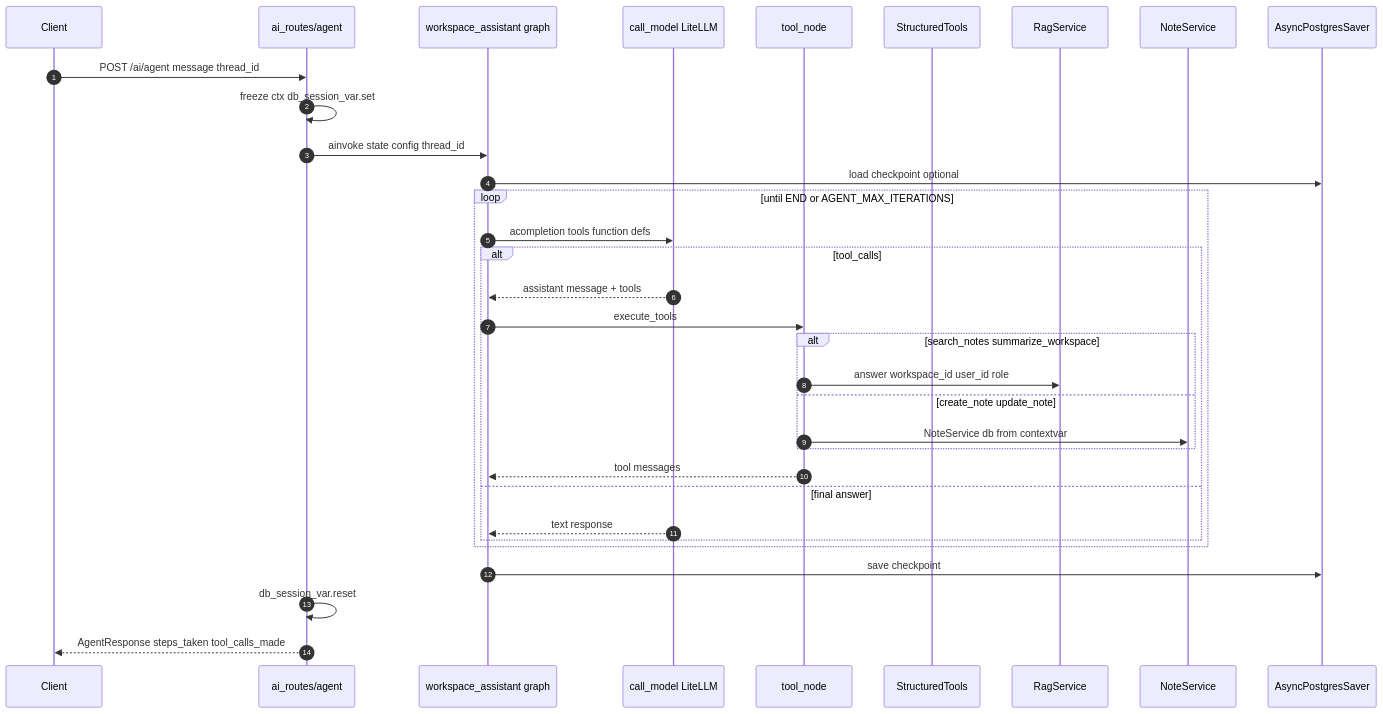
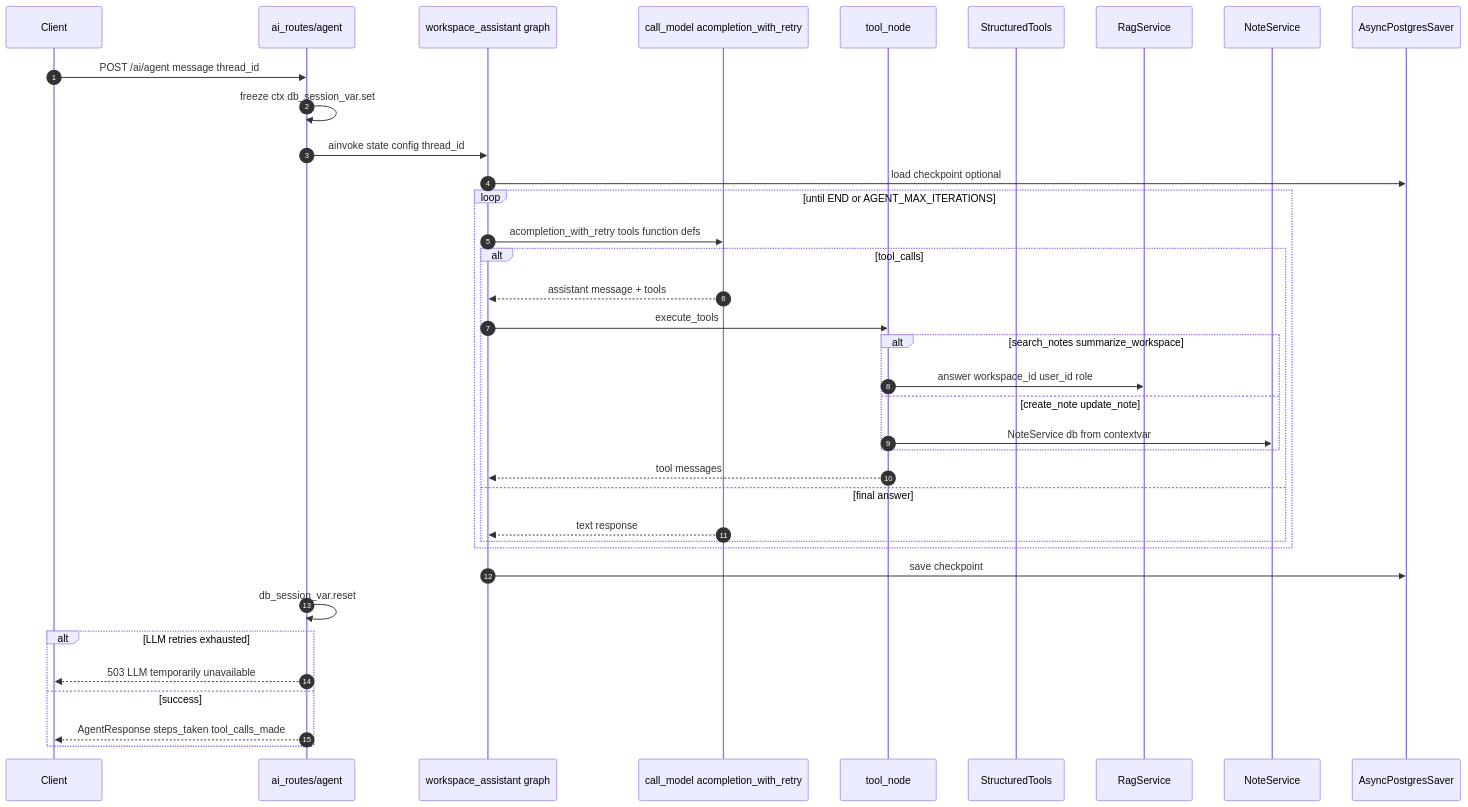
The tenth of 13 diagrams in docs/uml/diagrams.md (RudraPramanik/system-dashnote), drawn with Mermaid before and after one commit. The commit also changed other lines of this file and 17 other files, not shown here.

````diff
--- a/docs/uml/diagrams.md
+++ b/docs/uml/diagrams.md
@@ -384,38 +388,42 @@
 ```mermaid
 sequenceDiagram
     autonumber
     participant C as Client
     participant RT as ai_routes/agent
     participant G as workspace_assistant graph
-    participant M as call_model LiteLLM
+    participant M as call_model acompletion_with_retry
     participant TN as tool_node
     participant T as StructuredTools
     participant RS as RagService
     participant NS as NoteService
     participant CP as AsyncPostgresSaver
 
     C->>RT: POST /ai/agent message thread_id
     RT->>RT: freeze ctx db_session_var.set
     RT->>G: ainvoke state config thread_id
     G->>CP: load checkpoint optional
 
     loop until END or AGENT_MAX_ITERATIONS
-        G->>M: acompletion tools function defs
+        G->>M: acompletion_with_retry tools function defs
         alt tool_calls
             M-->>G: assistant message + tools
             G->>TN: execute_tools
             alt search_notes summarize_workspace
                 TN->>RS: answer workspace_id user_id role
             else create_note update_note
                 TN->>NS: NoteService db from contextvar
             end
             TN-->>G: tool messages
         else final answer
             M-->>G: text response
         end
     end
 
     G->>CP: save checkpoint
     RT->>RT: db_session_var.reset
-    RT-->>C: AgentResponse steps_taken tool_calls_made
+    alt LLM retries exhausted
+        RT-->>C: 503 LLM temporarily unavailable
+    else success
+        RT-->>C: AgentResponse steps_taken tool_calls_made
+    end
 ```
````
